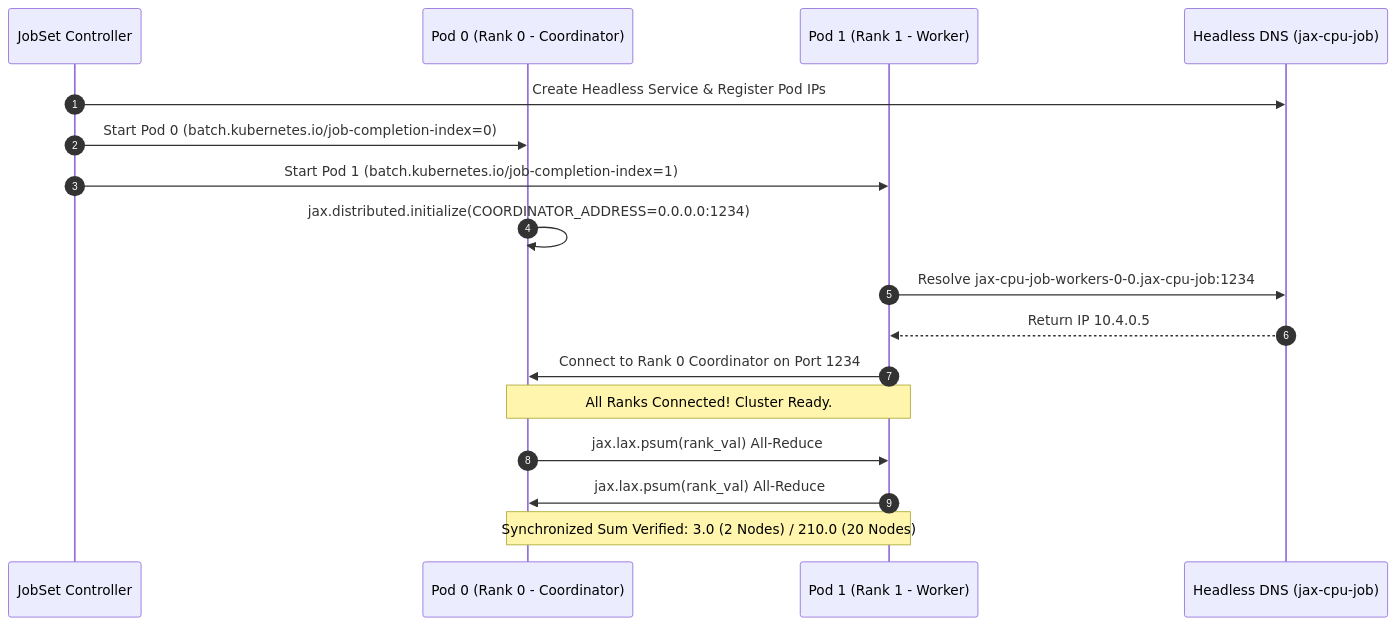
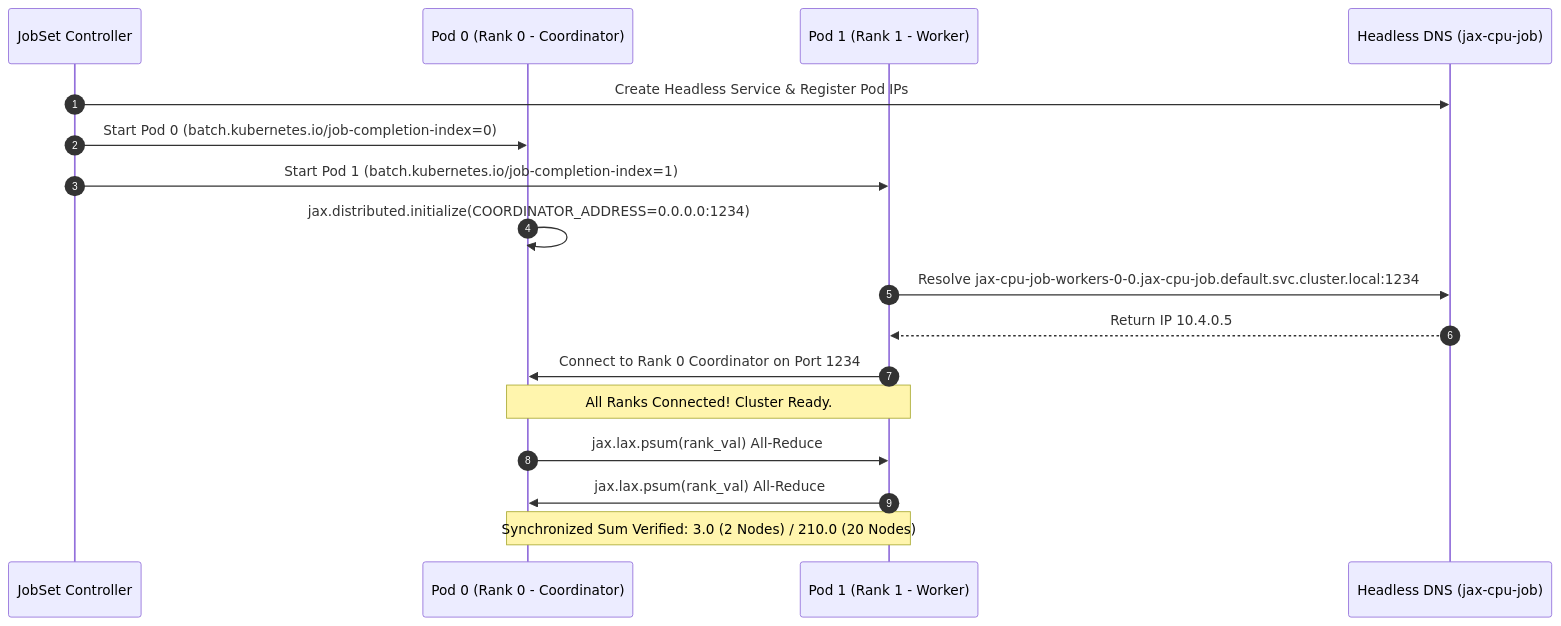
One commit to goabego/Travolta_Multinode_Training changed the fifth of 9 diagrams in ARCHITECTURE.md. Above: the diagram before and after it, drawn with Mermaid. The commit also changed other lines of this file, not shown here.

Commit message:
docs: update ARCHITECTURE.md with Cloud NAT egress, TPU v5e slice topology, and strict teardown flow

````diff
--- a/ARCHITECTURE.md
+++ b/ARCHITECTURE.md
@@ -124,24 +129,24 @@
 ```mermaid
 sequenceDiagram
     autonumber
     participant K8s as JobSet Controller
     participant Rank0 as Pod 0 (Rank 0 - Coordinator)
     participant Rank1 as Pod 1 (Rank 1 - Worker)
     participant DNS as Headless DNS (jax-cpu-job)
 
     K8s->>DNS: Create Headless Service & Register Pod IPs
     K8s->>Rank0: Start Pod 0 (batch.kubernetes.io/job-completion-index=0)
     K8s->>Rank1: Start Pod 1 (batch.kubernetes.io/job-completion-index=1)
     
     Rank0->>Rank0: jax.distributed.initialize(COORDINATOR_ADDRESS=0.0.0.0:1234)
-    Rank1->>DNS: Resolve jax-cpu-job-workers-0-0.jax-cpu-job:1234
+    Rank1->>DNS: Resolve jax-cpu-job-workers-0-0.jax-cpu-job.default.svc.cluster.local:1234
     DNS-->>Rank1: Return IP 10.4.0.5
     Rank1->>Rank0: Connect to Rank 0 Coordinator on Port 1234
     
     Note over Rank0,Rank1: All Ranks Connected! Cluster Ready.
     
     Rank0->>Rank1: jax.lax.psum(rank_val) All-Reduce
     Rank1->>Rank0: jax.lax.psum(rank_val) All-Reduce
     
     Note over Rank0,Rank1: Synchronized Sum Verified: 3.0 (2 Nodes) / 210.0 (20 Nodes)
 ```
````
